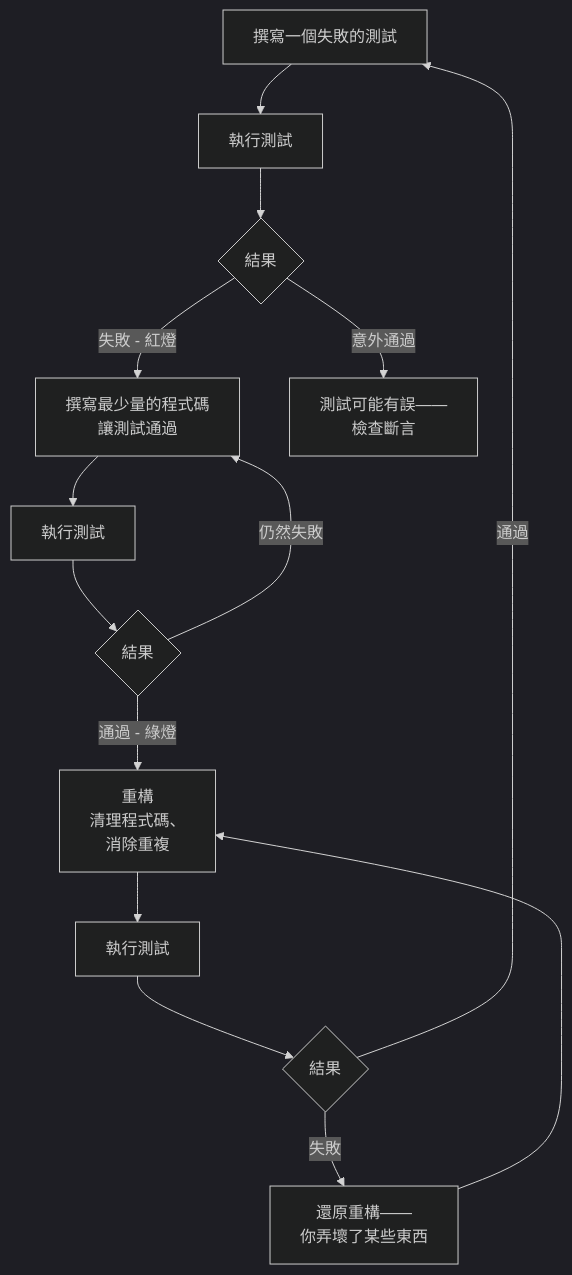
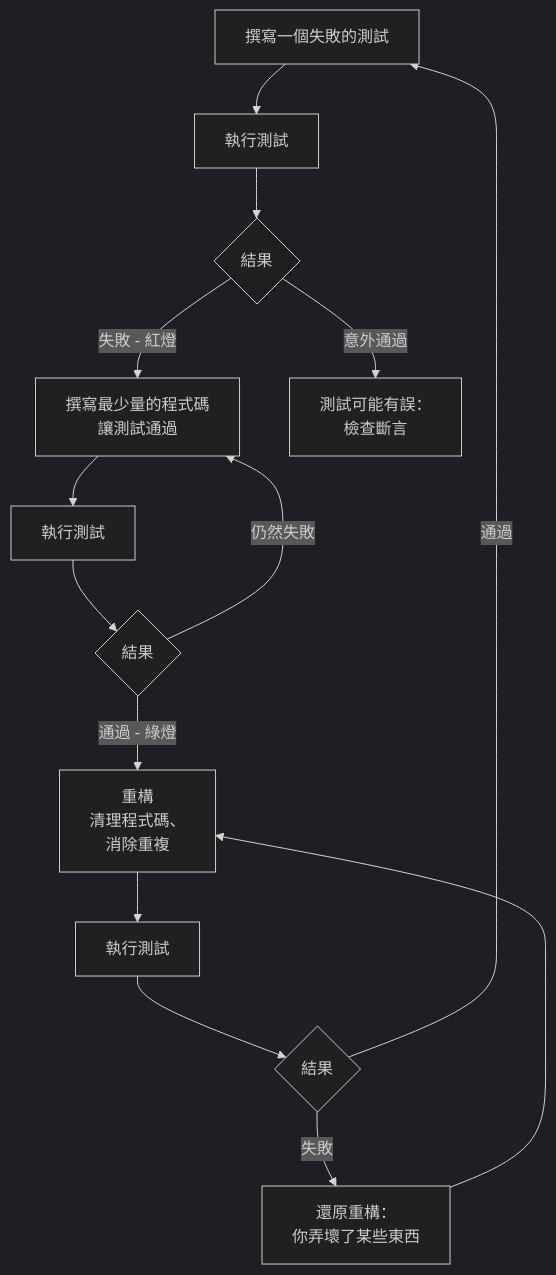
Before and after one commit to alivedise/frontend-engineering-essentials: the diagram in docs/zh-tw/Testing Strategies/1105.md, drawn with Mermaid (dark theme). The commit also changed other lines of this file and 73 other files, not shown here.

````diff
--- a/docs/zh-tw/Testing Strategies/1105.md
+++ b/docs/zh-tw/Testing Strategies/1105.md
@@ -75,16 +78,16 @@
 ```mermaid
 flowchart TD
     A["撰寫一個失敗的測試"] --> B["執行測試"]
     B --> C{結果}
     C -->|失敗 - 紅燈| D["撰寫最少量的程式碼\n讓測試通過"]
-    C -->|意外通過| E["測試可能有誤——\n檢查斷言"]
+    C -->|意外通過| E["測試可能有誤：\n檢查斷言"]
     D --> F["執行測試"]
     F --> G{結果}
     G -->|仍然失敗| D
     G -->|通過 - 綠燈| H["重構\n清理程式碼、\n消除重複"]
     H --> I["執行測試"]
     I --> J{結果}
-    J -->|失敗| K["還原重構——\n你弄壞了某些東西"]
+    J -->|失敗| K["還原重構：\n你弄壞了某些東西"]
     K --> H
     J -->|通過| A
 ```
````
